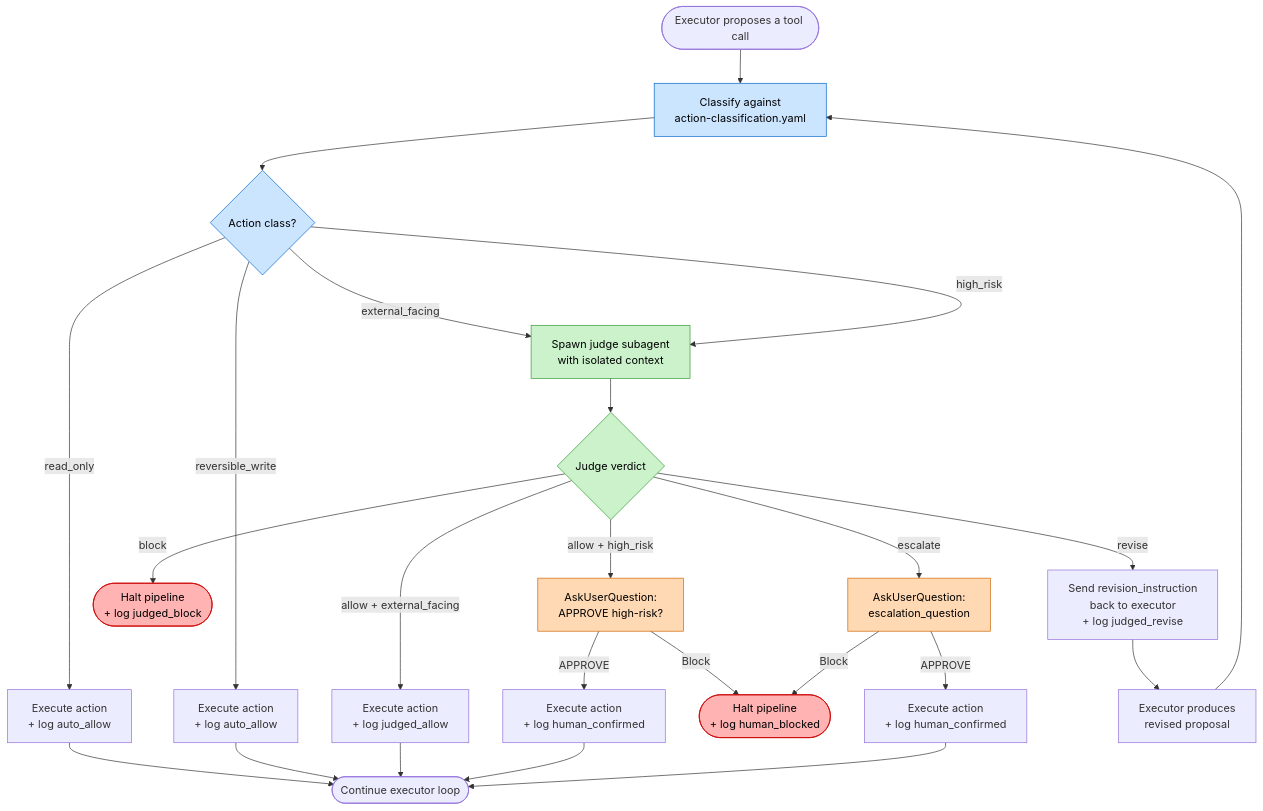
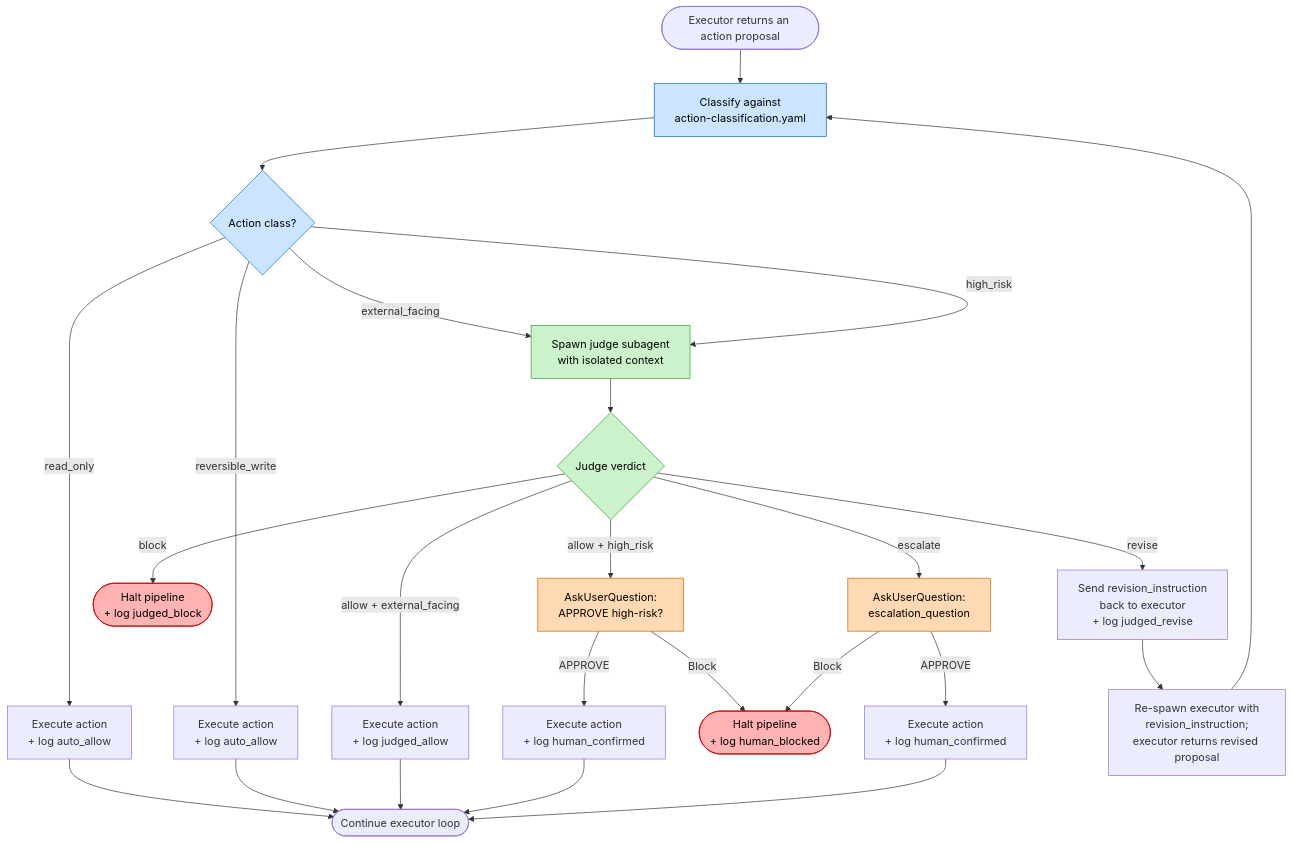
One commit to scottconverse/agentic-pipeline changed the tenth of 13 diagrams in ARCHITECTURE.md. Above: the diagram before and after it, drawn with Mermaid. The commit also changed other lines of this file and 17 other files, not shown here.

````diff
--- a/ARCHITECTURE.md
+++ b/ARCHITECTURE.md
@@ -441,43 +447,43 @@
 ```mermaid
 flowchart TB
-    Start([Executor proposes a tool call]) --> Classify[Classify against<br/>action-classification.yaml]
+    Start([Executor returns an action proposal]) --> Classify[Classify against<br/>action-classification.yaml]
     Classify --> Route{Action class?}
 
     Route -- read_only --> AutoLog1[Execute action<br/>+ log auto_allow]
     Route -- reversible_write --> AutoLog2[Execute action<br/>+ log auto_allow]
     Route -- external_facing --> SpawnJudge[Spawn judge subagent<br/>with isolated context]
     Route -- high_risk --> SpawnJudge
 
     SpawnJudge --> Verdict{Judge verdict}
 
     Verdict -- allow + external_facing --> Execute[Execute action<br/>+ log judged_allow]
     Verdict -- allow + high_risk --> HumanConfirm[AskUserQuestion:<br/>APPROVE high-risk?]
     Verdict -- block --> Halt([Halt pipeline<br/>+ log judged_block])
     Verdict -- revise --> Revise[Send revision_instruction<br/>back to executor<br/>+ log judged_revise]
     Verdict -- escalate --> HumanEscalate[AskUserQuestion:<br/>escalation_question]
 
     HumanConfirm -- APPROVE --> ExecConfirmed[Execute action<br/>+ log human_confirmed]
     HumanConfirm -- Block --> HaltHuman([Halt pipeline<br/>+ log human_blocked])
 
     HumanEscalate -- APPROVE --> ExecEscalated[Execute action<br/>+ log human_confirmed]
     HumanEscalate -- Block --> HaltHuman
 
-    Revise --> Retry[Executor produces<br/>revised proposal]
+    Revise --> Retry[Re-spawn executor with<br/>revision_instruction;<br/>executor returns revised proposal]
     Retry --> Classify
 
     AutoLog1 --> Continue([Continue executor loop])
     AutoLog2 --> Continue
     Execute --> Continue
     ExecConfirmed --> Continue
     ExecEscalated --> Continue
 
     classDef agent fill:#cce5ff,stroke:#0066cc,color:#000
     classDef judge fill:#ccf2cc,stroke:#339933,color:#000
     classDef human fill:#ffd9b3,stroke:#cc6600,color:#000
     classDef stop fill:#ffb3b3,stroke:#cc0000,color:#000
 
     class Classify,Route agent
     class SpawnJudge,Verdict judge
     class HumanConfirm,HumanEscalate human
     class Halt,HaltHuman stop
 ```
````
